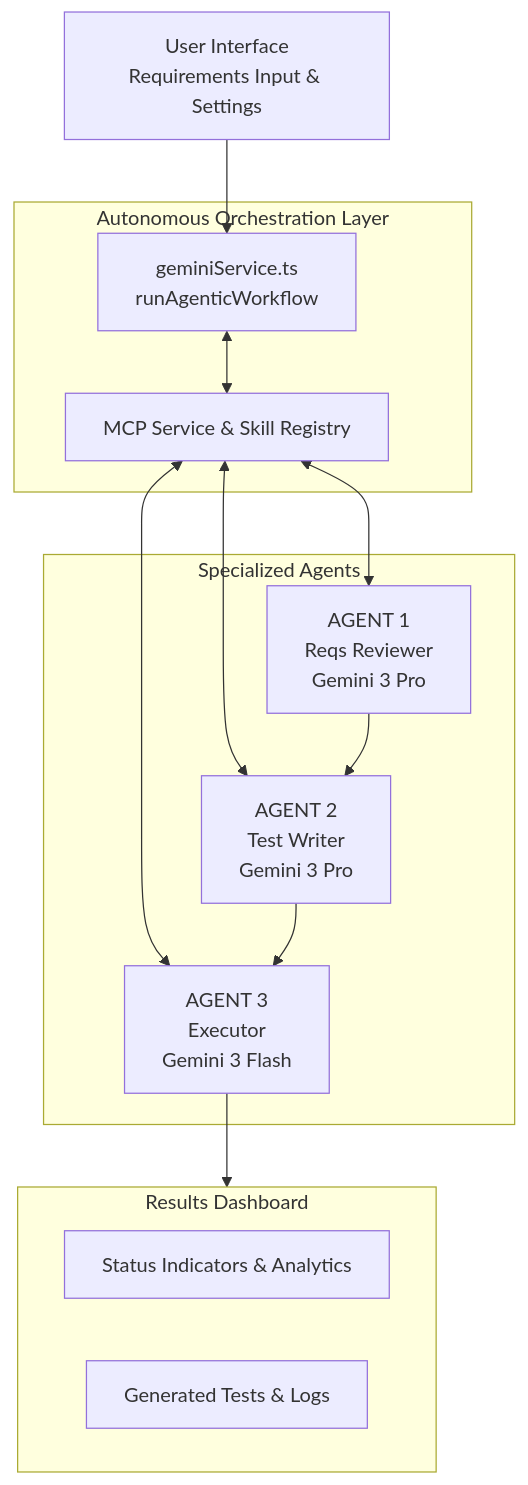
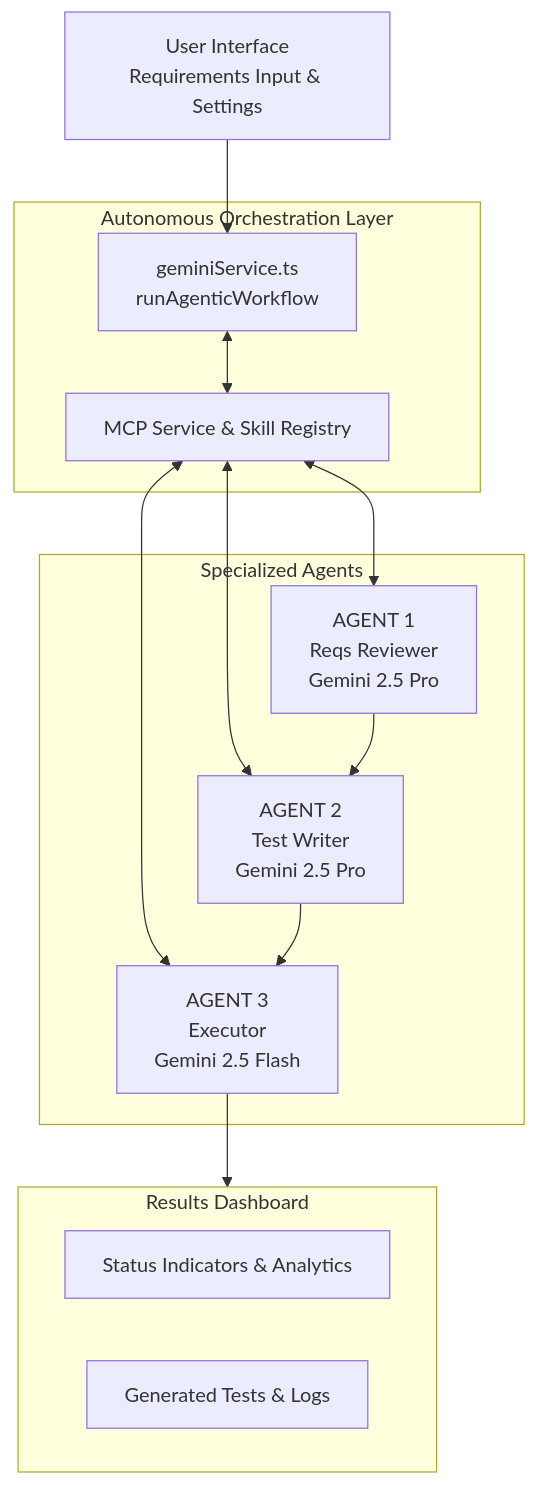
Before and after one commit to darshil0/qa-nexus-autonomous: the second of 2 diagrams in docs/ARCHITECTURE.md, drawn with Mermaid. The commit also changed other lines of this file and 9 other files, not shown here.

````diff
--- a/docs/ARCHITECTURE.md
+++ b/docs/ARCHITECTURE.md
@@ -321,30 +321,30 @@
 ```mermaid
 graph TD
     UI[User Interface<br/>Requirements Input & Settings]
 
     subgraph AUTONOMOUS [Autonomous Orchestration Layer]
         GS[geminiService.ts<br/>runAgenticWorkflow]
         MCP[MCP Service & Skill Registry]
     end
 
     UI --> GS
     GS <--> MCP
 
     subgraph AGENTS [Specialized Agents]
-        A1[AGENT 1<br/>Reqs Reviewer<br/>Gemini 3 Pro]
-        A2[AGENT 2<br/>Test Writer<br/>Gemini 3 Pro]
-        A3[AGENT 3<br/>Executor<br/>Gemini 3 Flash]
+        A1[AGENT 1<br/>Reqs Reviewer<br/>Gemini 2.5 Pro]
+        A2[AGENT 2<br/>Test Writer<br/>Gemini 2.5 Pro]
+        A3[AGENT 3<br/>Executor<br/>Gemini 2.5 Flash]
     end
 
     MCP <--> A1 & A2 & A3
 
     A1 --> A2
     A2 --> A3
 
     subgraph DASHBOARD [Results Dashboard]
         Stats[Status Indicators & Analytics]
         Reports[Generated Tests & Logs]
     end
 
     A3 --> DASHBOARD
 ```
````
